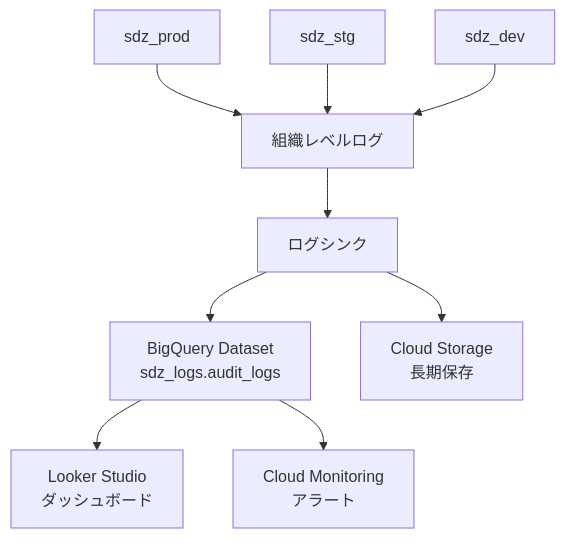
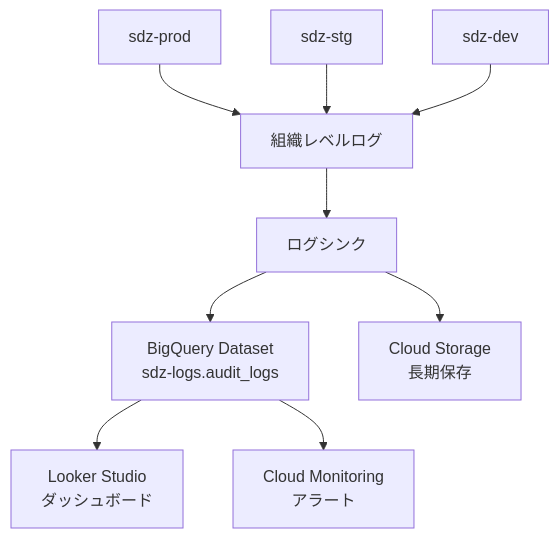
Before and after one commit to uechikohei/spot-diggz: the fourth of 4 diagrams in AGENTS.md, drawn with Mermaid. The commit also changed other lines of this file and 20 other files, not shown here.

````diff
--- a/AGENTS.md
+++ b/AGENTS.md
@@ -613,13 +575,13 @@
 ```mermaid
 graph TD
     A[組織レベルログ] --> B[ログシンク]
-    B --> C[BigQuery Dataset<br/>sdz_logs.audit_logs]
+    B --> C[BigQuery Dataset<br/>sdz-logs.audit_logs]
     B --> D[Cloud Storage<br/>長期保存]
-    
-    E[sdz_prod] --> A
-    F[sdz_stg] --> A
-    G[sdz_dev] --> A
-    
+
+    E[sdz-prod] --> A
+    F[sdz-stg] --> A
+    G[sdz-dev] --> A
+
     C --> H[Looker Studio<br/>ダッシュボード]
     C --> I[Cloud Monitoring<br/>アラート]
 ```
````
